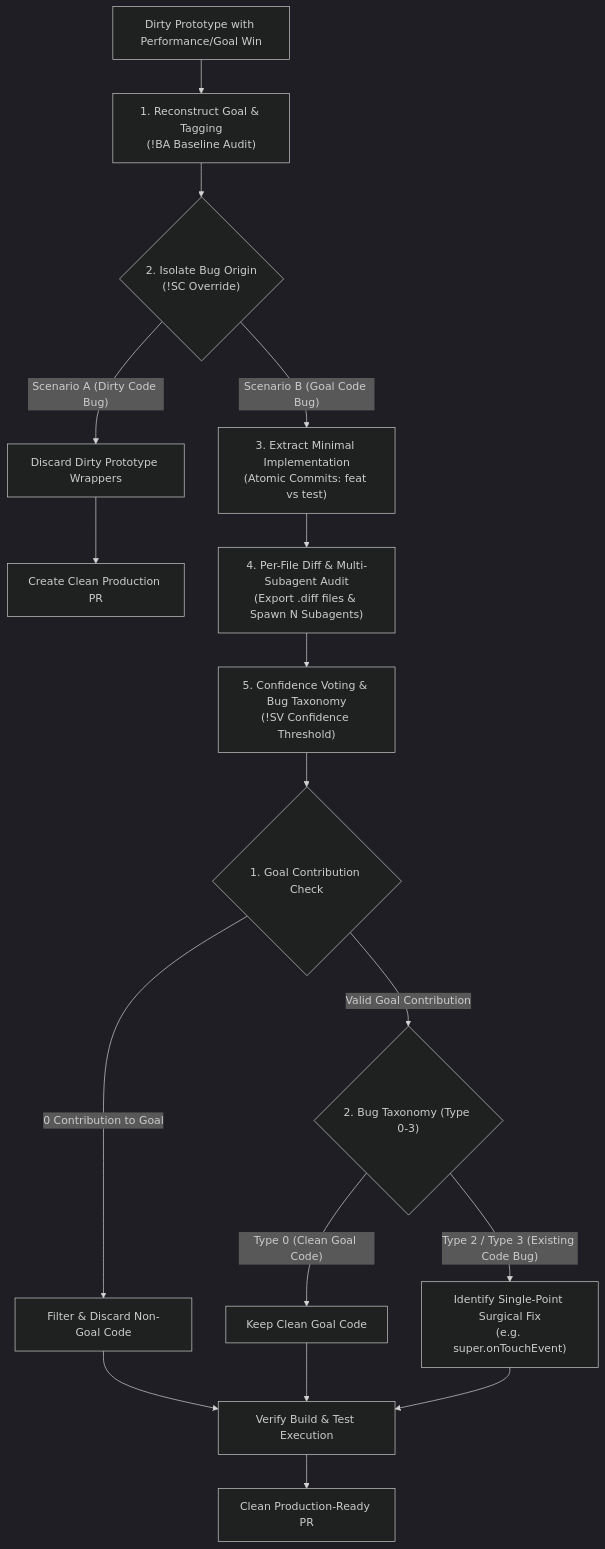
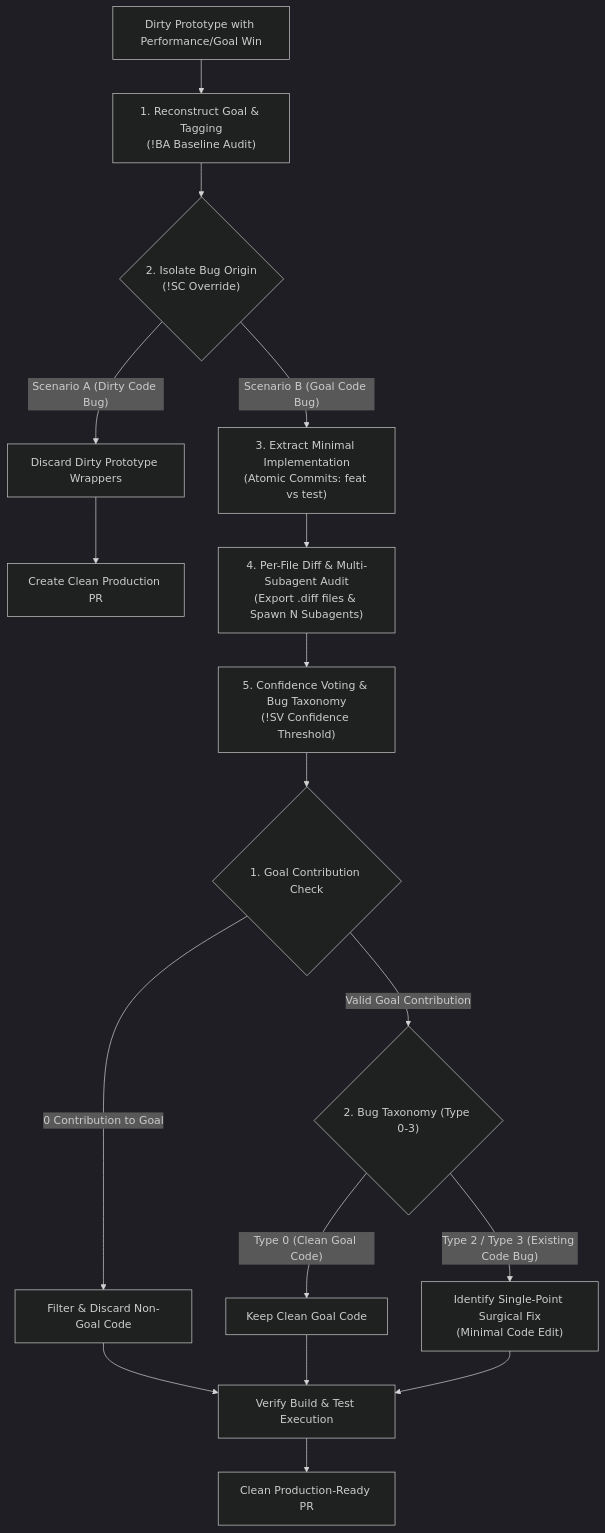
The diagram in engineering/afterplay/SKILL.md (loerei/myskills), drawn with Mermaid (dark theme) before and after one commit. The commit also changed other lines of this file and 1 other file, not shown here.

````diff
--- a/engineering/afterplay/SKILL.md
+++ b/engineering/afterplay/SKILL.md
@@ -16,27 +16,27 @@
 ```mermaid
 flowchart TD
     Start["Dirty Prototype with Performance/Goal Win"] --> Phase1["1. Reconstruct Goal & Tagging<br/>(!BA Baseline Audit)"]
     
     Phase1 --> Phase2{"2. Isolate Bug Origin<br/>(!SC<A|B> Override)"}
     
     Phase2 -->|"Scenario A (Dirty Code Bug)"| DiscardDirty["Discard Dirty Prototype Wrappers"] --> PR_Direct["Create Clean Production PR"]
     
     Phase2 -->|"Scenario B (Goal Code Bug)"| Phase3["3. Extract Minimal Implementation<br/>(Atomic Commits: feat vs test)"]
     
     Phase3 --> Phase4["4. Per-File Diff & Multi-Subagent Audit<br/>(Export .diff files & Spawn N Subagents)"]
     
     Phase4 --> Phase5["5. Confidence Voting & Bug Taxonomy<br/>(!SV<N> Confidence Threshold)"]
     
     Phase5 --> CheckGoal{"1. Goal Contribution Check"}
     CheckGoal -->|"0 Contribution to Goal"| StripCode["Filter & Discard Non-Goal Code"]
     CheckGoal -->|"Valid Goal Contribution"| CheckBug{"2. Bug Taxonomy (Type 0-3)"}
     
     CheckBug -->|"Type 0 (Clean Goal Code)"| KeepCode["Keep Clean Goal Code"]
-    CheckBug -->|"Type 2 / Type 3 (Existing Code Bug)"| SurgicalFix["Identify Single-Point Surgical Fix<br/>(e.g. super.onTouchEvent)"]
+    CheckBug -->|"Type 2 / Type 3 (Existing Code Bug)"| SurgicalFix["Identify Single-Point Surgical Fix<br/>(Minimal Code Edit)"]
     
     StripCode --> Verify["Verify Build & Test Execution"]
     KeepCode --> Verify
     SurgicalFix --> Verify
     
     Verify --> Done["Clean Production-Ready PR"]
 ```
````
